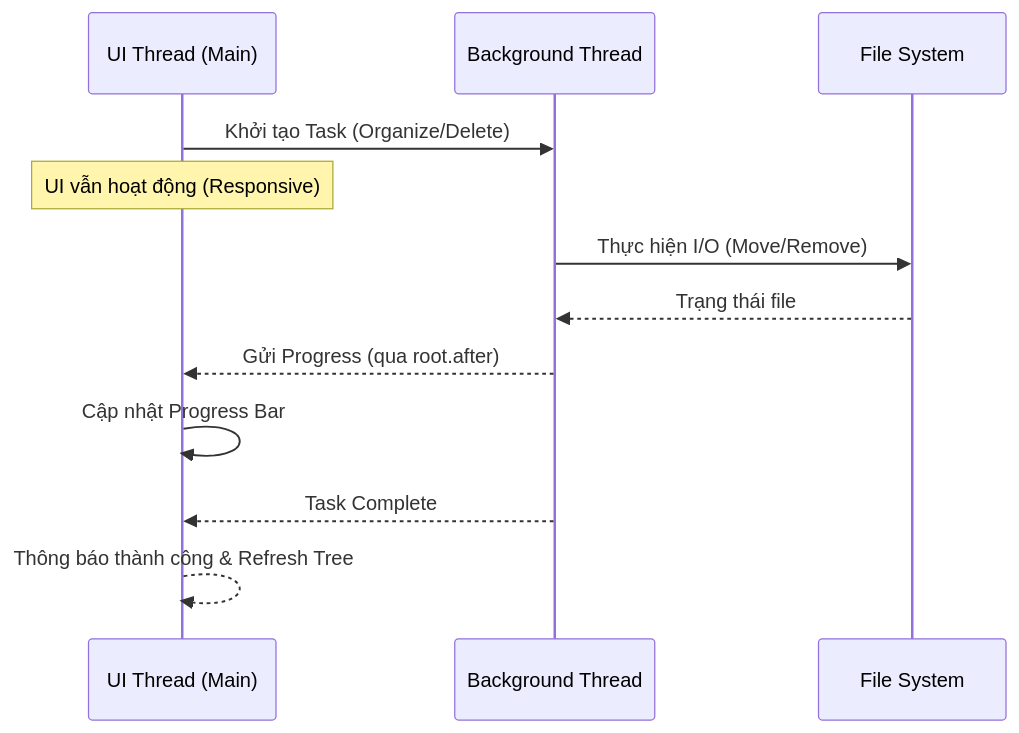
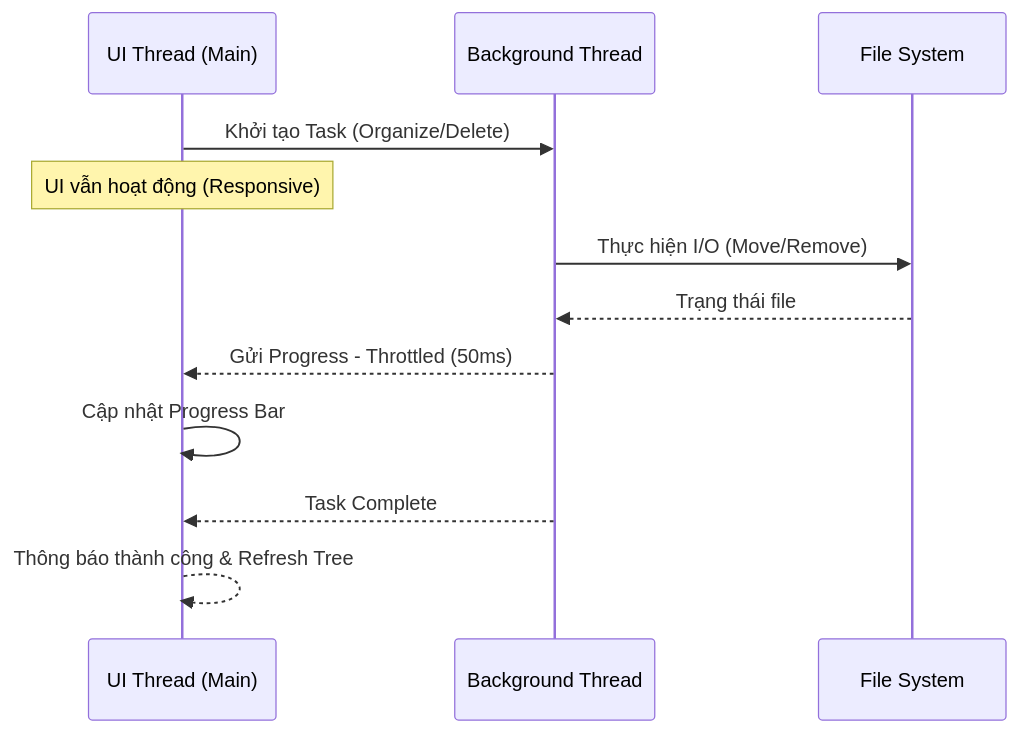
One commit to Hasaoxend/NexOrganize-High-Performance-Desktop-File-Management-System changed the second of 2 diagrams in README.md. Above: the diagram before and after it, drawn with Mermaid. The commit also changed other lines of this file, not shown here.

````diff
--- a/README.md
+++ b/README.md
@@ -28,15 +72,15 @@
 ```mermaid
 sequenceDiagram
     participant UI as UI Thread (Main)
     participant Worker as Background Thread
     participant OS as File System
     
     UI->>Worker: Khởi tạo Task (Organize/Delete)
     Note over UI: UI vẫn hoạt động (Responsive)
     Worker->>OS: Thực hiện I/O (Move/Remove)
     OS-->>Worker: Trạng thái file
-    Worker-->>UI: Gửi Progress (qua root.after)
+    Worker-->>UI: Gửi Progress - Throttled (50ms)
     UI->>UI: Cập nhật Progress Bar
     Worker-->>UI: Task Complete
     UI-->>UI: Thông báo thành công & Refresh Tree
 ```
````
